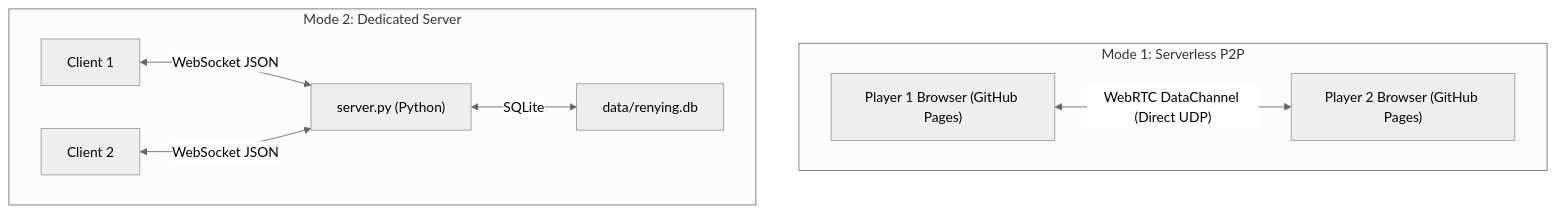
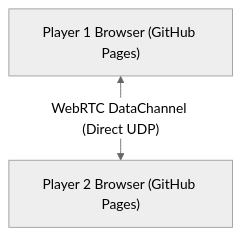
One commit to AMFI-Disable/RenYing changed the diagram in readme.md. Above: the diagram before and after it, drawn with Mermaid (neutral theme). The commit also changed other lines of this file and 6 other files, not shown here.

````diff
--- a/readme.md
+++ b/readme.md
@@ -115,11 +100,4 @@
 ```mermaid
 flowchart TD
-    subgraph Mode 1: Serverless P2P
-        P1["Player 1 Browser (GitHub Pages)"] <-->|"WebRTC DataChannel (Direct UDP)"| P2["Player 2 Browser (GitHub Pages)"]
-    end
-    subgraph Mode 2: Dedicated Server
-        C1["Client 1"] <-->|"WebSocket JSON"| S["server.py (Python)"]
-        C2["Client 2"] <-->|"WebSocket JSON"| S
-        S <-->|"SQLite"| DB["data/renying.db"]
-    end
+    P1["Player 1 Browser (GitHub Pages)"] <-->|"WebRTC DataChannel (Direct UDP)"| P2["Player 2 Browser (GitHub Pages)"]
 ```
````
